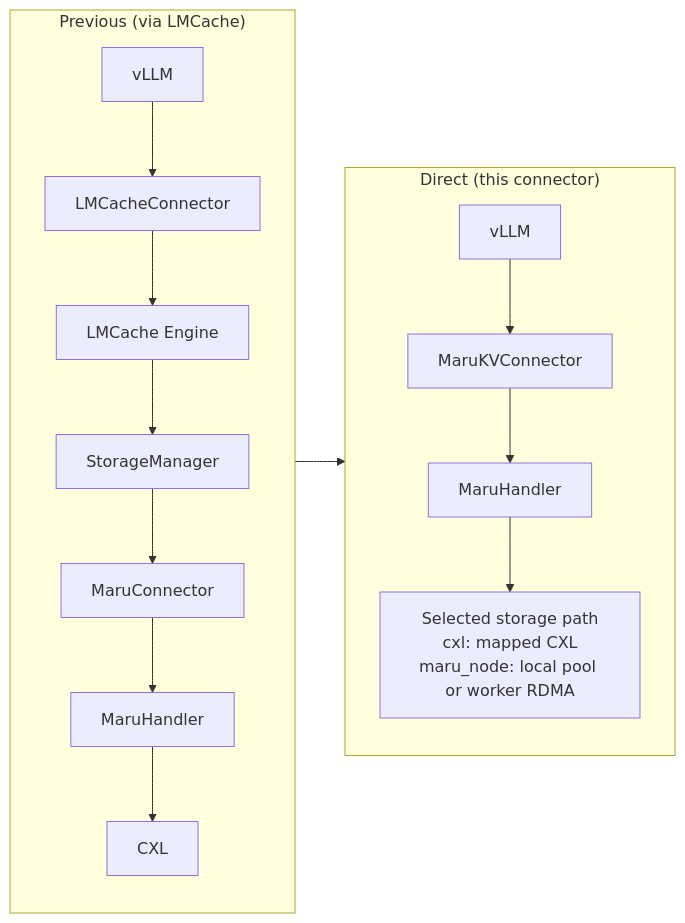
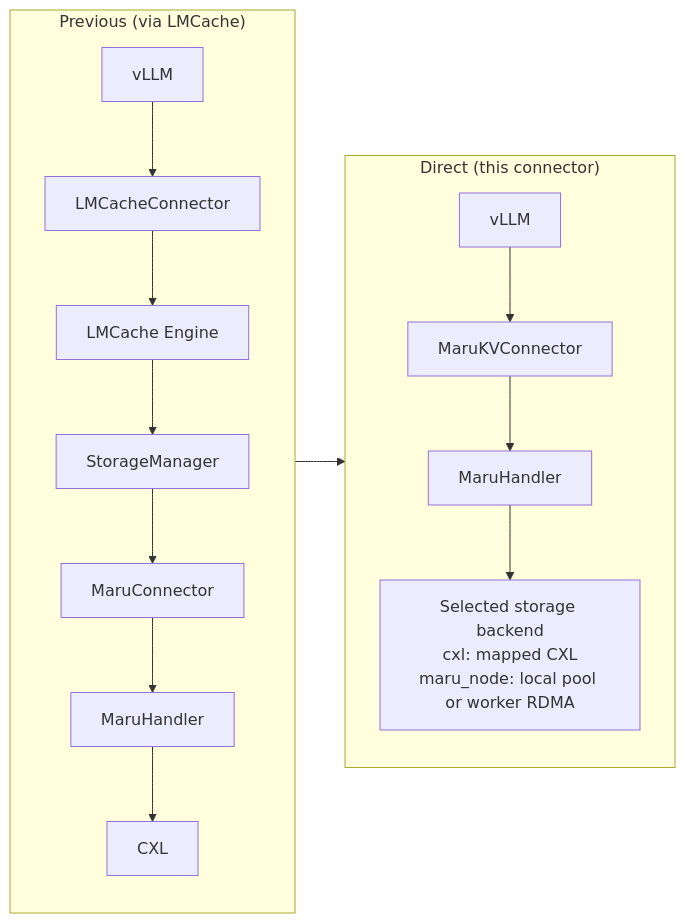
Before and after one commit to xcena-dev/maru: the first of 3 diagrams in docs/source/integration/vllm.md, drawn with Mermaid. The commit also changed other lines of this file and 38 other files, not shown here.

First line of the commit message:
docs: reorganize the guides around the cxl and node backends

````diff
--- a/docs/source/integration/vllm.md
+++ b/docs/source/integration/vllm.md
@@ -29,17 +31,17 @@
 ```mermaid
 flowchart LR
     subgraph prev["Previous (via LMCache)"]
         direction TB
         V1["vLLM"] --> LC["LMCacheConnector"] --> LE["LMCache Engine"]
         LE --> SM["StorageManager"] --> MC["MaruConnector"]
         MC --> MH1["MaruHandler"] --> CXL1["CXL"]
     end
 
     subgraph direct["Direct (this connector)"]
         direction TB
         V2["vLLM"] --> MKV["MaruKVConnector"]
-        MKV --> MH2["MaruHandler"] --> PATH2["Selected storage path<br/>cxl: mapped CXL<br/>maru_node: local pool or worker RDMA"]
+        MKV --> MH2["MaruHandler"] --> PATH2["Selected storage backend<br/>cxl: mapped CXL<br/>maru_node: local pool or worker RDMA"]
     end
 
     prev --> direct
 ```
````
